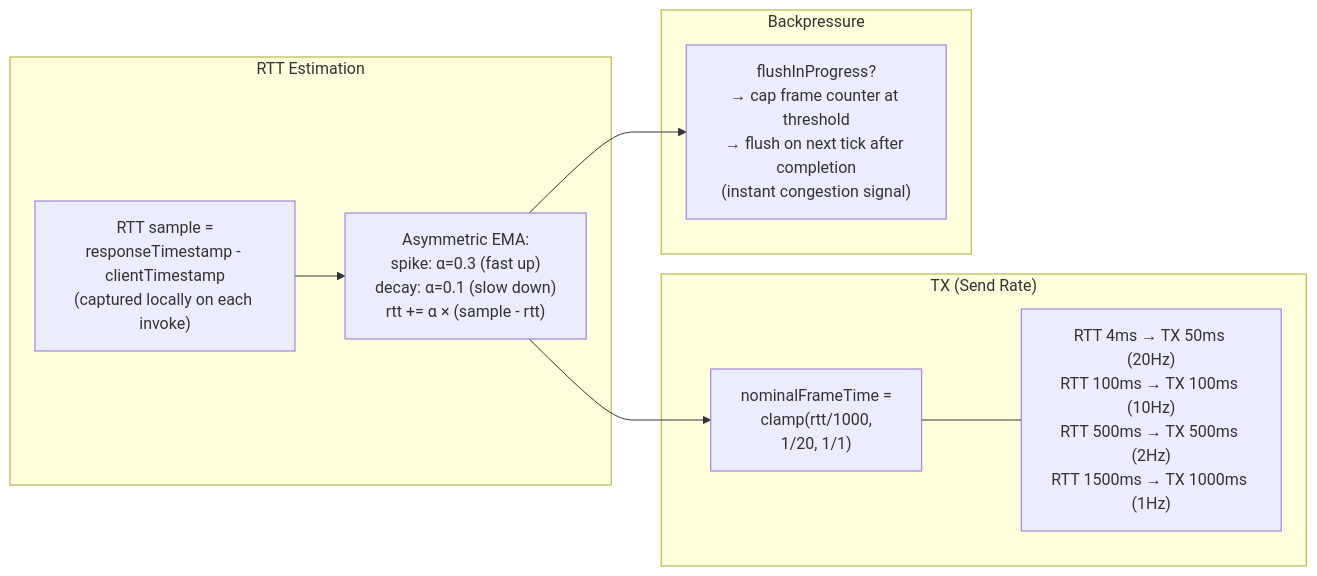
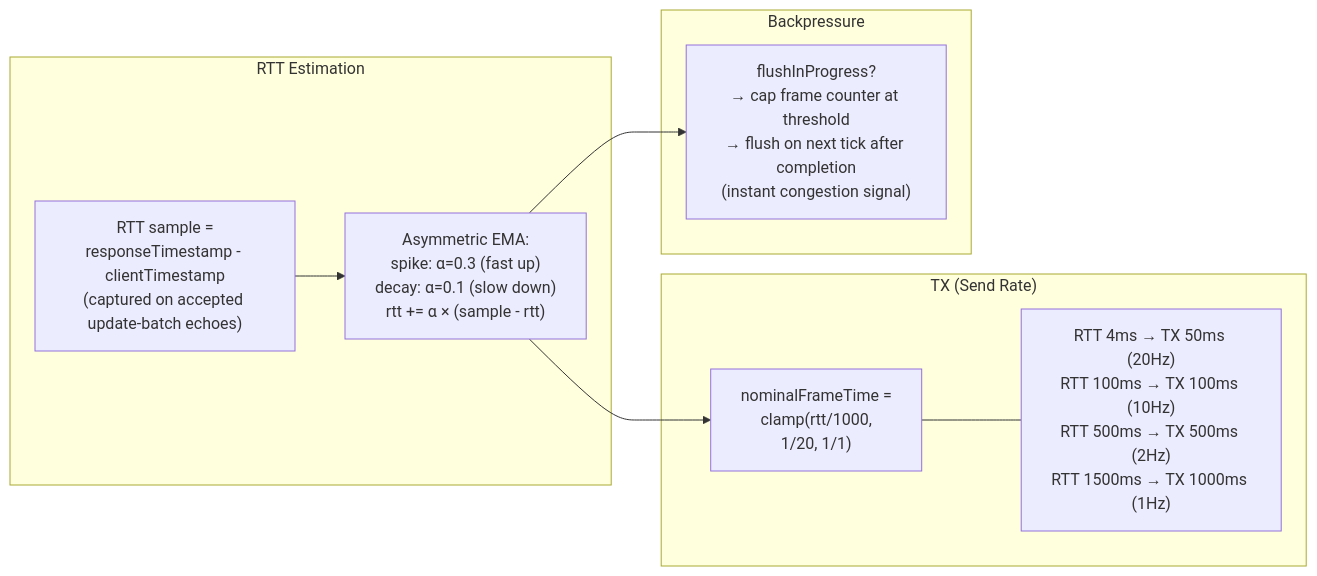
Diagram 22 of 36 in ARCHITECTURE.md (badvoidstar/astervoids), drawn with Mermaid before and after one commit. The commit also changed other lines of this file and 2 other files, not shown here.

````diff
--- a/ARCHITECTURE.md
+++ b/ARCHITECTURE.md
@@ -799,21 +803,21 @@
 ```mermaid
 flowchart LR
     subgraph "RTT Estimation"
-        SAMPLE["RTT sample =<br/>responseTimestamp - clientTimestamp<br/>(captured locally on each invoke)"]
+        SAMPLE["RTT sample =<br/>responseTimestamp - clientTimestamp<br/>(captured on accepted update-batch echoes)"]
         EMA["Asymmetric EMA:<br/>spike: α=0.3 (fast up)<br/>decay: α=0.1 (slow down)<br/>rtt += α × (sample - rtt)"]
         SAMPLE --> EMA
     end
 
     subgraph "TX (Send Rate)"
         FORMULA["nominalFrameTime =<br/>clamp(rtt/1000,<br/>1/20, 1/1)"]
         TABLE["RTT 4ms → TX 50ms (20Hz)<br/>RTT 100ms → TX 100ms (10Hz)<br/>RTT 500ms → TX 500ms (2Hz)<br/>RTT 1500ms → TX 1000ms (1Hz)"]
         FORMULA --- TABLE
     end
 
     subgraph "Backpressure"
         BP["flushInProgress?<br/>→ cap frame counter at threshold<br/>→ flush on next tick after completion<br/>(instant congestion signal)"]
     end
 
     EMA --> FORMULA
     EMA --> BP
 ```
````
